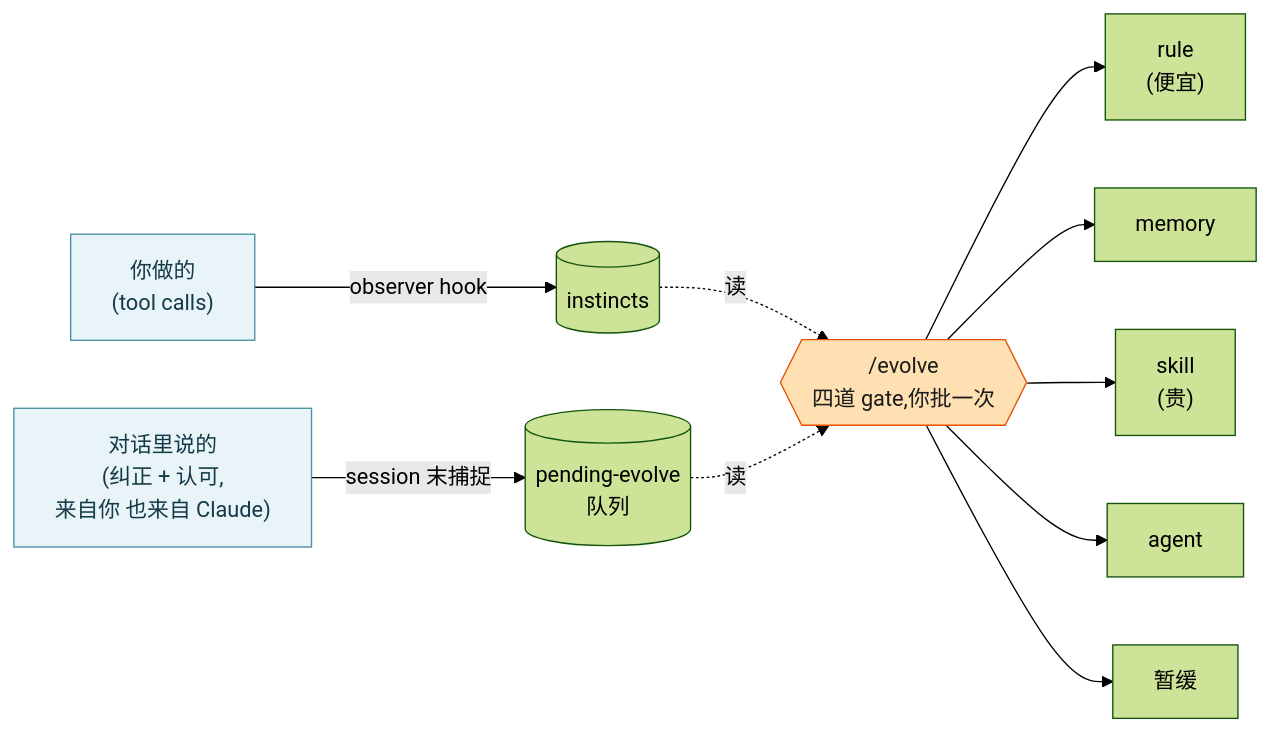
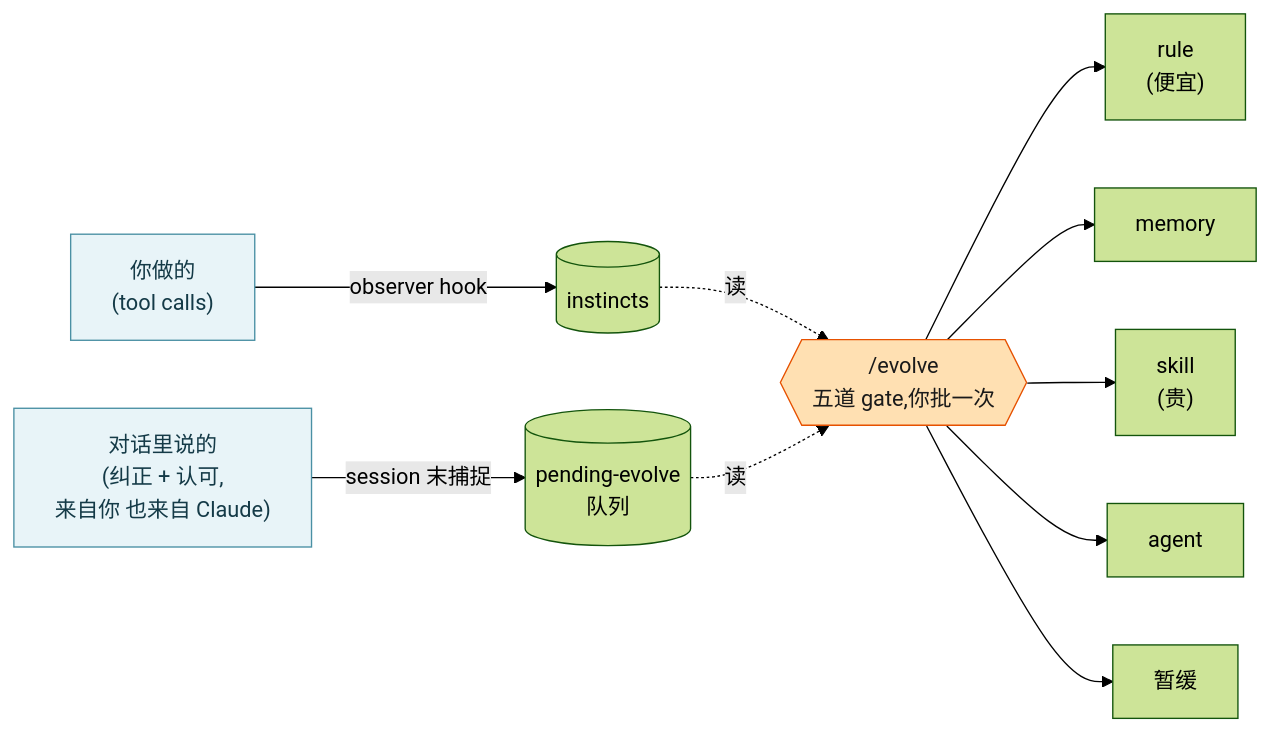
One commit to annexiao/claude-code-self-evolution changed the diagram in README.zh-CN.md. Above: the diagram before and after it, drawn with Mermaid (forest theme). The commit also changed other lines of this file and 3 other files, not shown here.

First line of the commit message:
evolve: add a fifth gate, the exit from defer

````diff
--- a/README.zh-CN.md
+++ b/README.zh-CN.md
@@ -73,16 +73,16 @@
 ```mermaid
 flowchart LR
     A["你做的<br/>(tool calls)"] -->|observer hook| Q1[("instincts")]
     B["对话里说的<br/>(纠正 + 认可,<br/>来自你 也来自 Claude)"] -->|session 末捕捉| Q2[("pending-evolve<br/>队列")]
     Q1 -.读.-> E
     Q2 -.读.-> E
-    E{{"/evolve<br/>四道 gate,你批一次"}}
+    E{{"/evolve<br/>五道 gate,你批一次"}}
     E --> R["rule<br/>(便宜)"]
     E --> M["memory"]
     E --> S["skill<br/>(贵)"]
     E --> AG["agent"]
     E --> X["暂缓"]
     style E fill:#ffe0b2,stroke:#e65100,color:#1a1a1a
     style B fill:#e8f4f8,stroke:#4a90a4,color:#143a47
     style A fill:#e8f4f8,stroke:#4a90a4,color:#143a47
 ```
````
